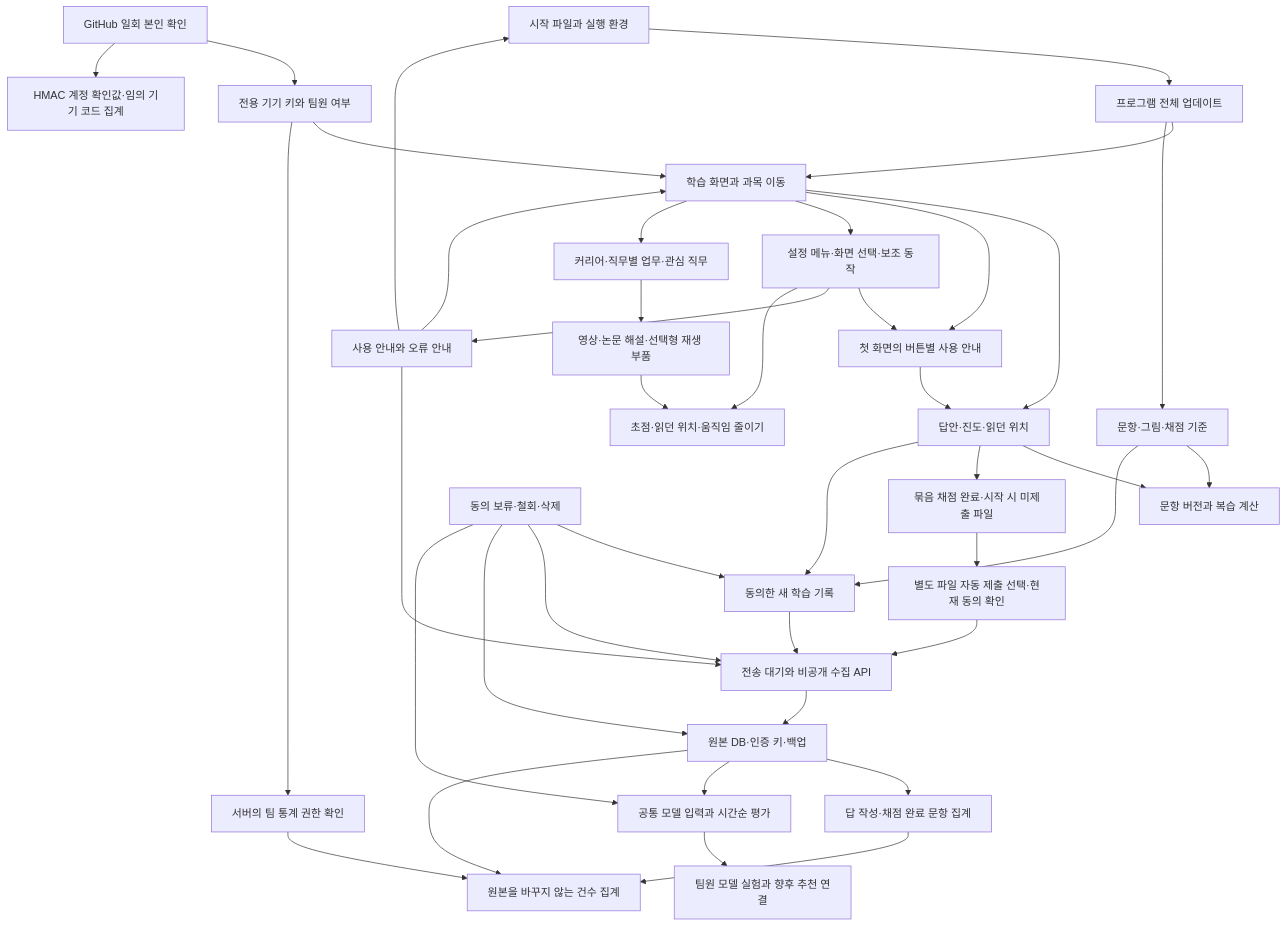
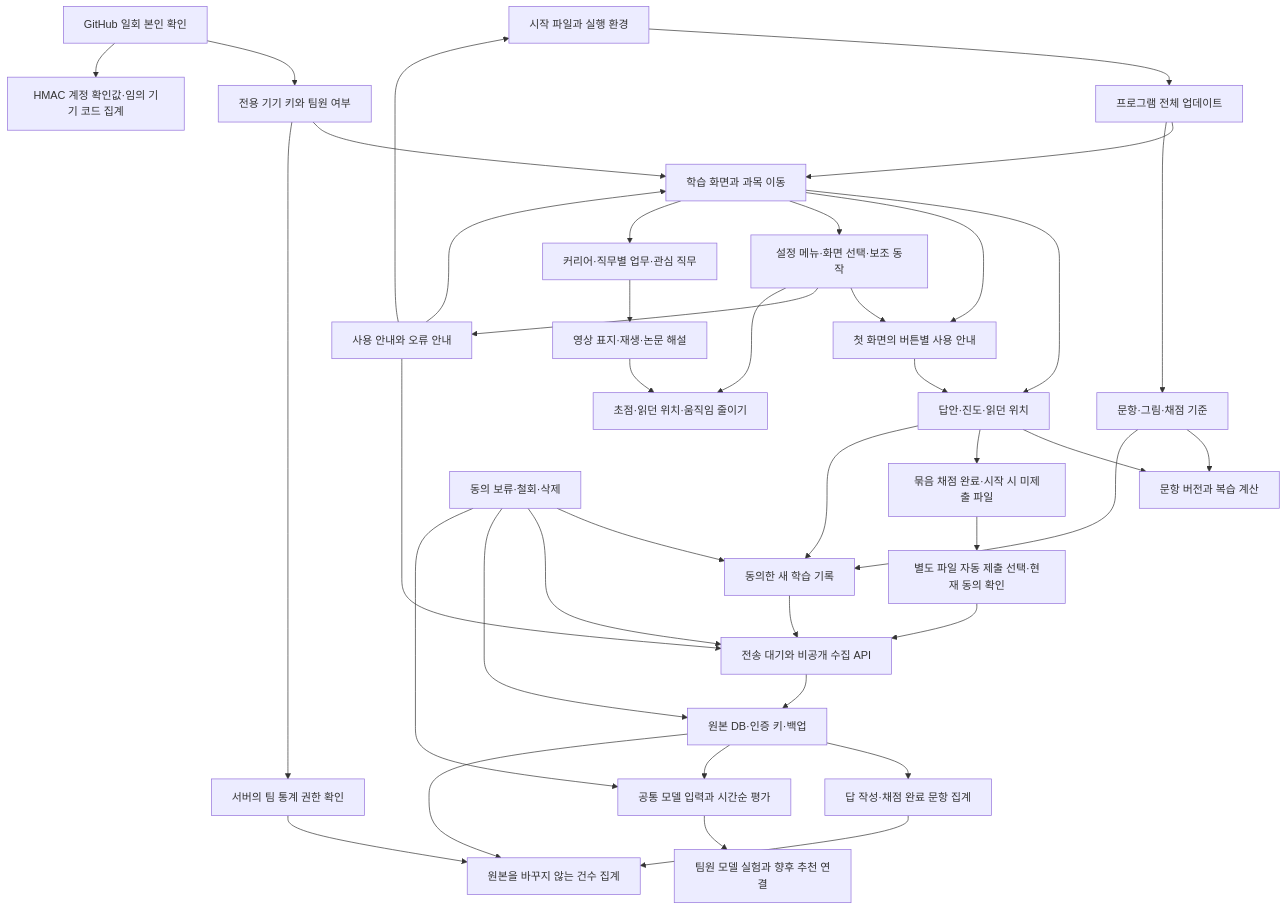
The diagram in docs/CHANGE_IMPACT.md (WaterMinCho/programming-study), drawn with Mermaid before and after one commit. The commit also changed 59 other files, not shown here.

````diff
--- a/docs/CHANGE_IMPACT.md
+++ b/docs/CHANGE_IMPACT.md
@@ -5,42 +5,42 @@
 ```mermaid
 flowchart TD
     A[시작 파일과 실행 환경] --> B[프로그램 전체 업데이트]
     B --> C[학습 화면과 과목 이동]
     B --> D[문항·그림·채점 기준]
     C --> E[답안·진도·읽던 위치]
     D --> F[문항 버전과 복습 계산]
     E --> F
     E --> T[묶음 채점 완료·시작 시 미제출 파일]
     T --> U[별도 파일 자동 제출 선택·현재 동의 확인]
     U --> H
     E --> G[동의한 새 학습 기록]
     D --> G
     G --> H[전송 대기와 비공개 수집 API]
     H --> I[원본 DB·인증 키·백업]
     I --> V[답 작성·채점 완료 문항 집계]
     V --> Q
     I --> J[공통 모델 입력과 시간순 평가]
     J --> K[팀원 모델 실험과 향후 추천 연결]
     L[동의 보류·철회·삭제] --> G
     L --> H
     L --> I
     L --> J
     M[사용 안내와 오류 안내] --> A
     M --> C
     M --> H
     N[GitHub 일회 본인 확인] --> O[전용 기기 키와 팀원 여부]
     N --> R[HMAC 계정 확인값·임의 기기 코드 집계]
     O --> C
     C --> S[첫 화면의 버튼별 사용 안내]
     S --> E
     C --> W[설정 메뉴·화면 선택·보조 동작]
     W --> S
     W --> M
     W --> X[초점·읽던 위치·움직임 줄이기]
     C --> Y[커리어·직무별 업무·관심 직무]
-    Y --> Z[영상·논문 해설·선택형 재생 부품]
+    Y --> Z[영상 표지·재생·논문 해설]
     Z --> X
     O --> P[서버의 팀 통계 권한 확인]
     I --> Q[원본을 바꾸지 않는 건수 집계]
     P --> Q
 ```
````
